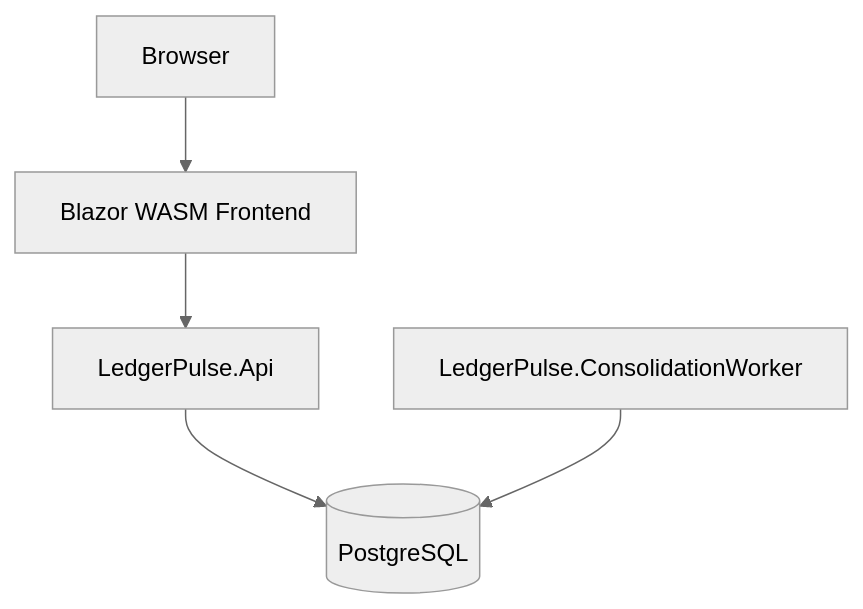
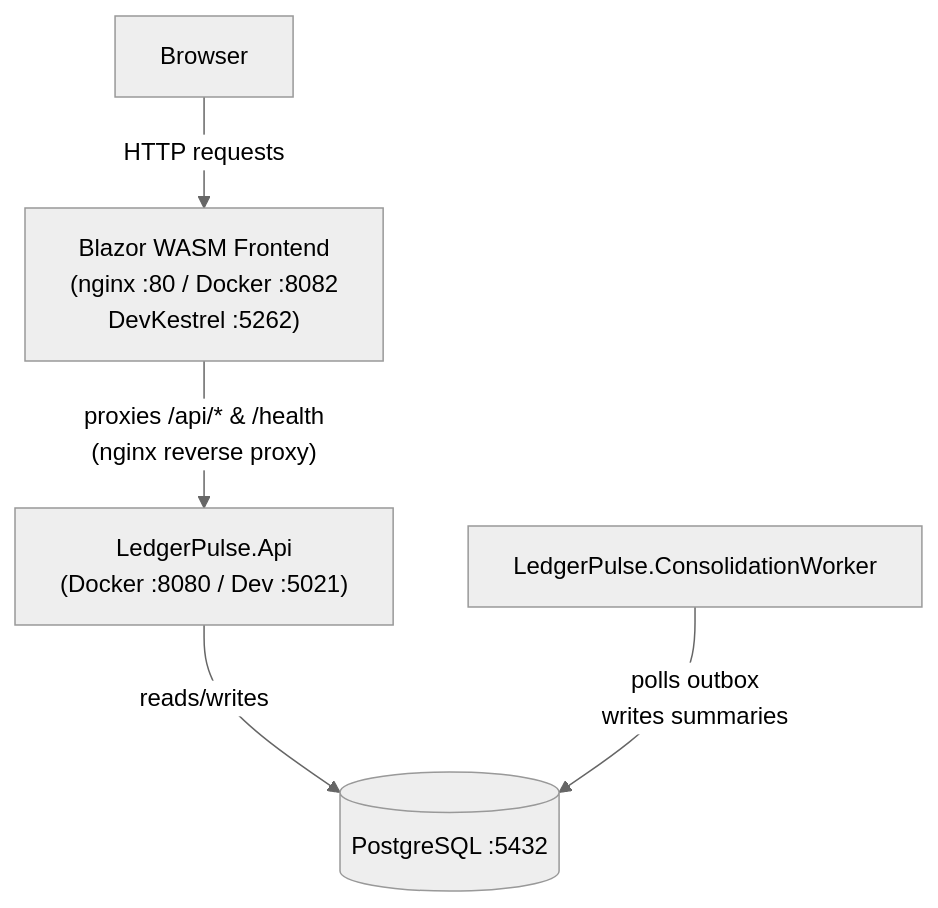
Before and after one commit to ggbarcelos/LedgerPulse: the diagram in docs/diagrams/container-view.md, drawn with Mermaid (neutral theme). The commit also changed other lines of this file and 3 other files, not shown here.

Commit message:
Enhance consolidation flow documentation with detailed processing logic and examples for internal API

````diff
--- a/docs/diagrams/container-view.md
+++ b/docs/diagrams/container-view.md
@@ -3,13 +3,13 @@
 ```mermaid
 flowchart TB
     Browser[Browser]
-    Frontend[Blazor WASM Frontend]
-    Api[LedgerPulse.Api]
+    Frontend["Blazor WASM Frontend\n(nginx :80 / Docker :8082\nDevKestrel :5262)"]
+    Api["LedgerPulse.Api\n(Docker :8080 / Dev :5021)"]
     Worker[LedgerPulse.ConsolidationWorker]
-    Postgres[(PostgreSQL)]
+    Postgres[(PostgreSQL :5432)]
 
-    Browser --> Frontend
-    Frontend --> Api
-    Api --> Postgres
-    Worker --> Postgres
+    Browser -->|"HTTP requests"| Frontend
+    Frontend -->|"proxies /api/* & /health\n(nginx reverse proxy)"| Api
+    Api -->|"reads/writes"| Postgres
+    Worker -->|"polls outbox\nwrites summaries"| Postgres
 ```
````
